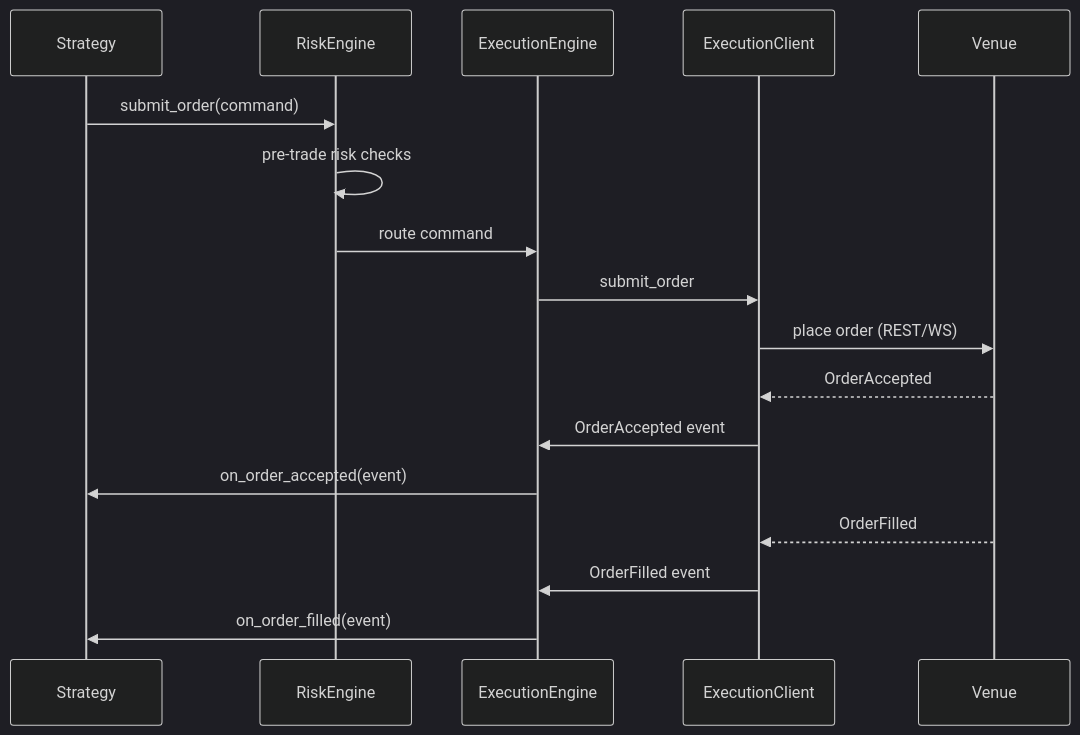
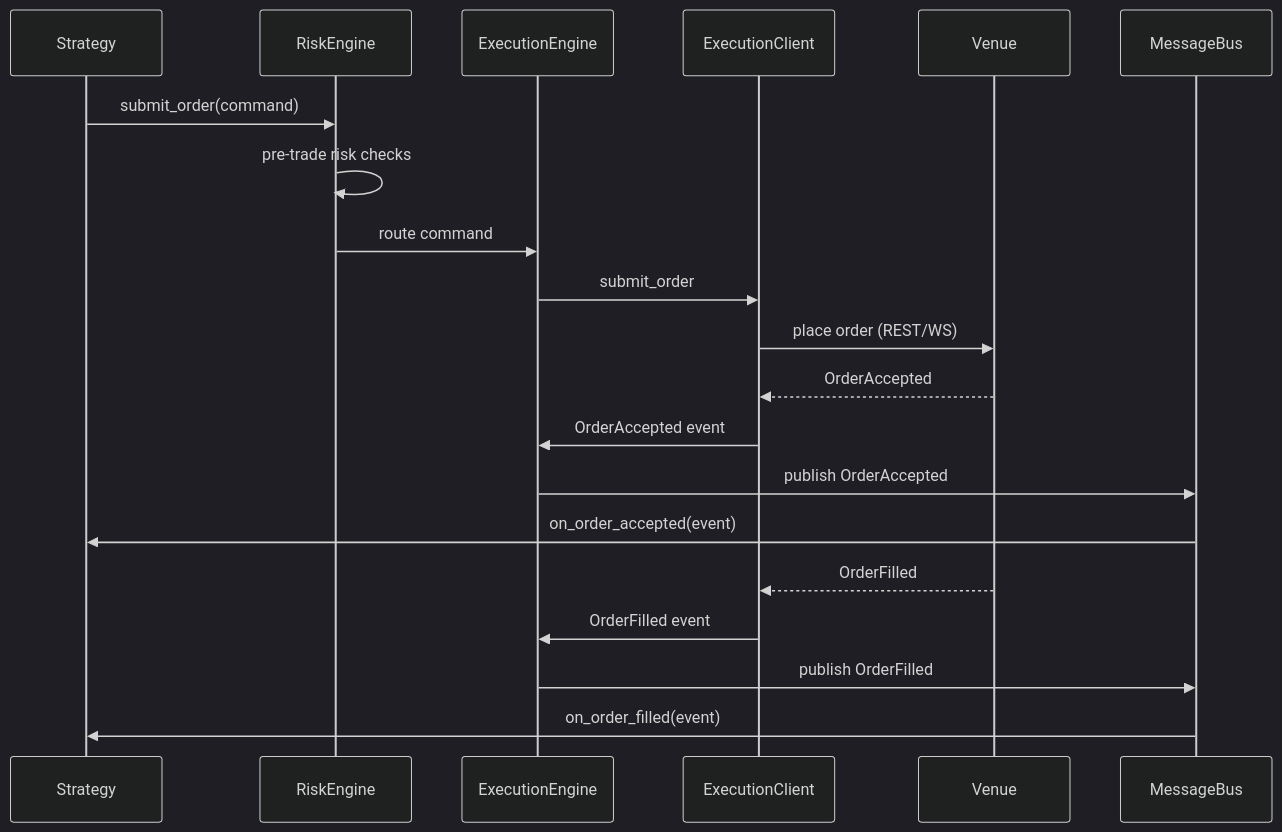
One commit to nautechsystems/nautilus_trader changed the third of 7 diagrams in docs/concepts/architecture.md. Above: the diagram before and after it, drawn with Mermaid (dark theme). The commit also changed other lines of this file, not shown here.

First line of the commit message:
Refine architecture guide

````diff
--- a/docs/concepts/architecture.md
+++ b/docs/concepts/architecture.md
@@ -309,20 +362,23 @@
 ```mermaid
 sequenceDiagram
     participant Strategy as Strategy
     participant RE as RiskEngine
     participant EE as ExecutionEngine
     participant EC as ExecutionClient
     participant Venue as Venue
+    participant MB as MessageBus
 
     Strategy->>RE: submit_order(command)
     RE->>RE: pre-trade risk checks
     RE->>EE: route command
     EE->>EC: submit_order
     EC->>Venue: place order (REST/WS)
     Venue-->>EC: OrderAccepted
     EC->>EE: OrderAccepted event
-    EE->>Strategy: on_order_accepted(event)
+    EE->>MB: publish OrderAccepted
+    MB->>Strategy: on_order_accepted(event)
     Venue-->>EC: OrderFilled
     EC->>EE: OrderFilled event
-    EE->>Strategy: on_order_filled(event)
+    EE->>MB: publish OrderFilled
+    MB->>Strategy: on_order_filled(event)
 ```
````
